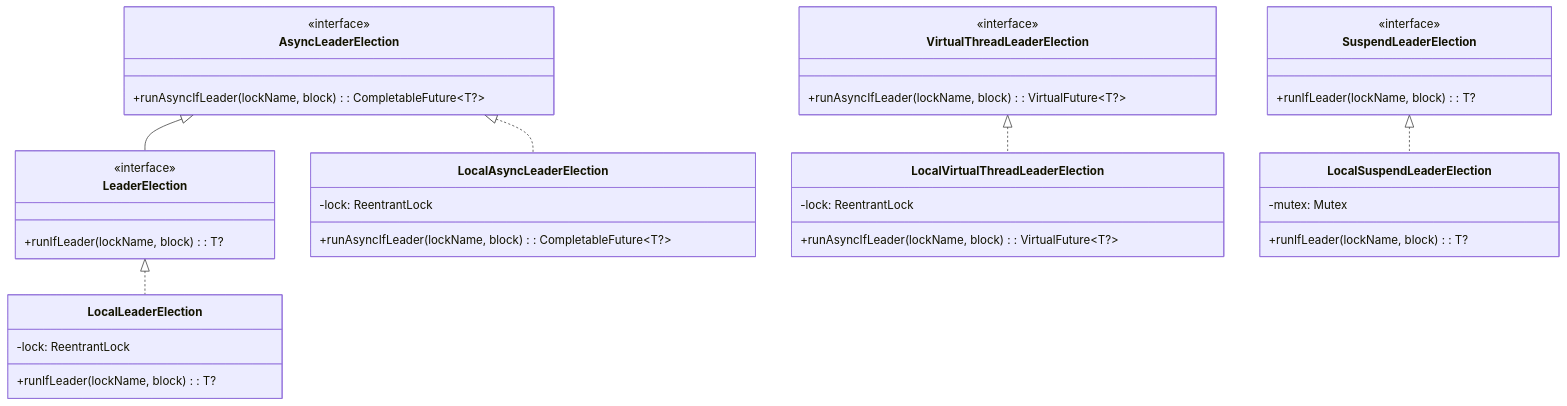
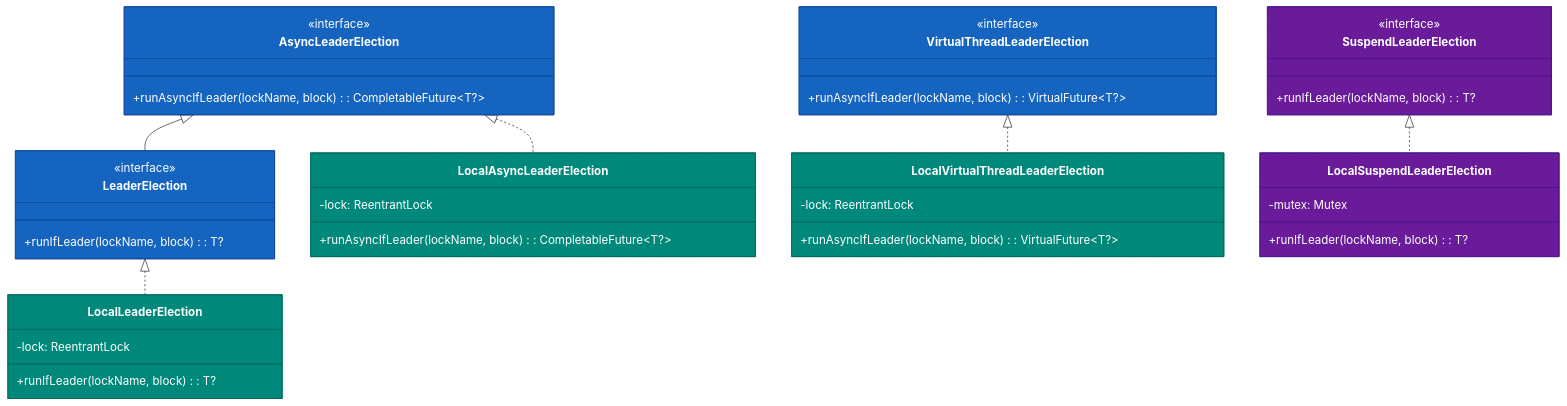
One commit to bluetape4k/bluetape4k-projects changed the third of 5 diagrams in utils/leader/README.md. Above: the diagram before and after it, drawn with Mermaid. The commit also changed other lines of this file and 221 other files, not shown here.

First line of the commit message:
docs: 전체 모듈 README UML 다이어그램 보강 및 색상 업그레이드

````diff
--- a/utils/leader/README.md
+++ b/utils/leader/README.md
@@ -67,48 +90,57 @@
 ```mermaid
 classDiagram
     class AsyncLeaderElection {
         <<interface>>
         +runAsyncIfLeader(lockName, block): CompletableFuture~T?~
     }
 
     class LeaderElection {
         <<interface>>
         +runIfLeader(lockName, block): T?
     }
 
     class VirtualThreadLeaderElection {
         <<interface>>
         +runAsyncIfLeader(lockName, block): VirtualFuture~T?~
     }
 
     class SuspendLeaderElection {
         <<interface>>
         +runIfLeader(lockName, block): T?
     }
 
     class LocalLeaderElection {
         -lock: ReentrantLock
         +runIfLeader(lockName, block): T?
     }
 
     class LocalAsyncLeaderElection {
         -lock: ReentrantLock
         +runAsyncIfLeader(lockName, block): CompletableFuture~T?~
     }
 
     class LocalVirtualThreadLeaderElection {
         -lock: ReentrantLock
         +runAsyncIfLeader(lockName, block): VirtualFuture~T?~
     }
 
     class LocalSuspendLeaderElection {
         -mutex: Mutex
         +runIfLeader(lockName, block): T?
     }
 
     AsyncLeaderElection <|-- LeaderElection
     LeaderElection <|.. LocalLeaderElection
     AsyncLeaderElection <|.. LocalAsyncLeaderElection
     VirtualThreadLeaderElection <|.. LocalVirtualThreadLeaderElection
     SuspendLeaderElection <|.. LocalSuspendLeaderElection
+
+    style AsyncLeaderElection fill:#1565C0,stroke:#0D47A1,color:#FFFFFF
+    style LeaderElection fill:#1565C0,stroke:#0D47A1,color:#FFFFFF
+    style VirtualThreadLeaderElection fill:#1565C0,stroke:#0D47A1,color:#FFFFFF
+    style SuspendLeaderElection fill:#6A1B9A,stroke:#4A148C,color:#FFFFFF
+    style LocalLeaderElection fill:#00897B,stroke:#00695C,color:#FFFFFF
+    style LocalAsyncLeaderElection fill:#00897B,stroke:#00695C,color:#FFFFFF
+    style LocalVirtualThreadLeaderElection fill:#00897B,stroke:#00695C,color:#FFFFFF
+    style LocalSuspendLeaderElection fill:#6A1B9A,stroke:#4A148C,color:#FFFFFF
 ```
````
